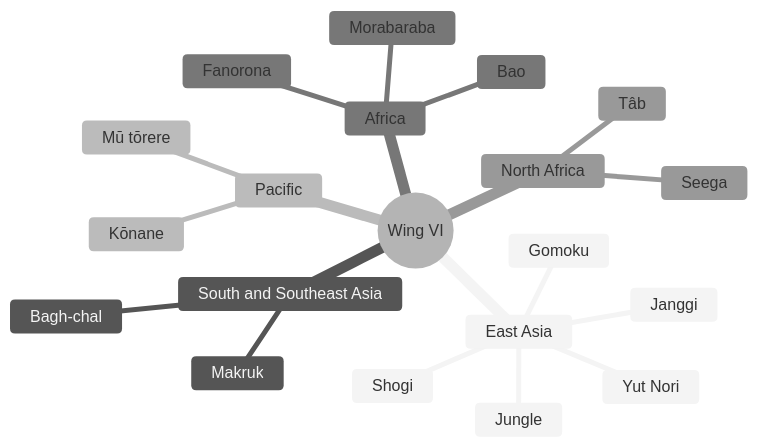
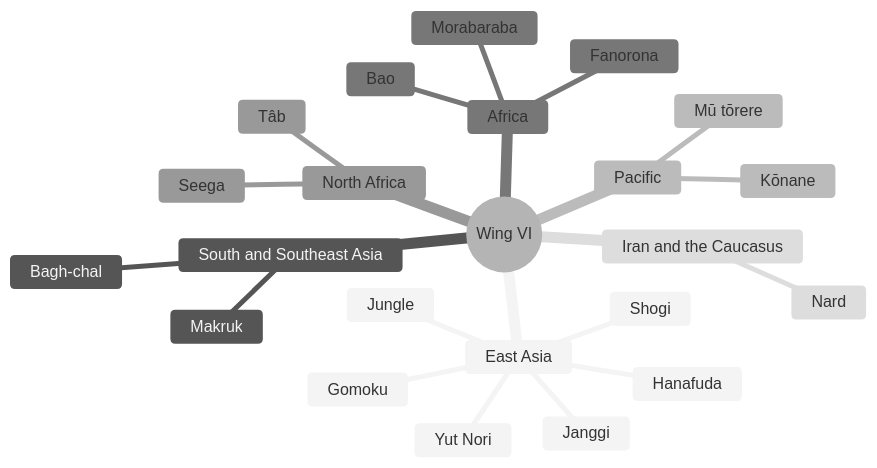
Before and after one commit to CptNope/Librarium-Archives: the eighth of 8 diagrams in docs/exhibits.md, drawn with Mermaid (neutral theme). The commit also changed other lines of this file and 15 other files, not shown here.

First line of the commit message:
Hint and Undo; Nard, Duodecim scripta and Hanafuda koi-koi

````diff
--- a/docs/exhibits.md
+++ b/docs/exhibits.md
@@ -229,23 +231,26 @@
 ```mermaid
 mindmap
   root((Wing VI))
     East Asia
       Shogi
       Gomoku
+      Hanafuda
       Jungle
       Yut Nori
       Janggi
     South and Southeast Asia
       Makruk
       Bagh-chal
     Pacific
       Mū tōrere
       Kōnane
     Africa
       Fanorona
       Bao
       Morabaraba
     North Africa
       Seega
       Tâb
+    Iran and the Caucasus
+      Nard
 ```
````
